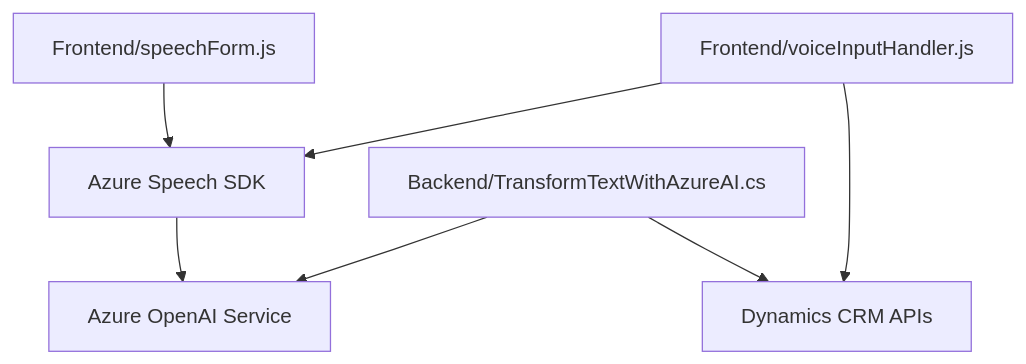
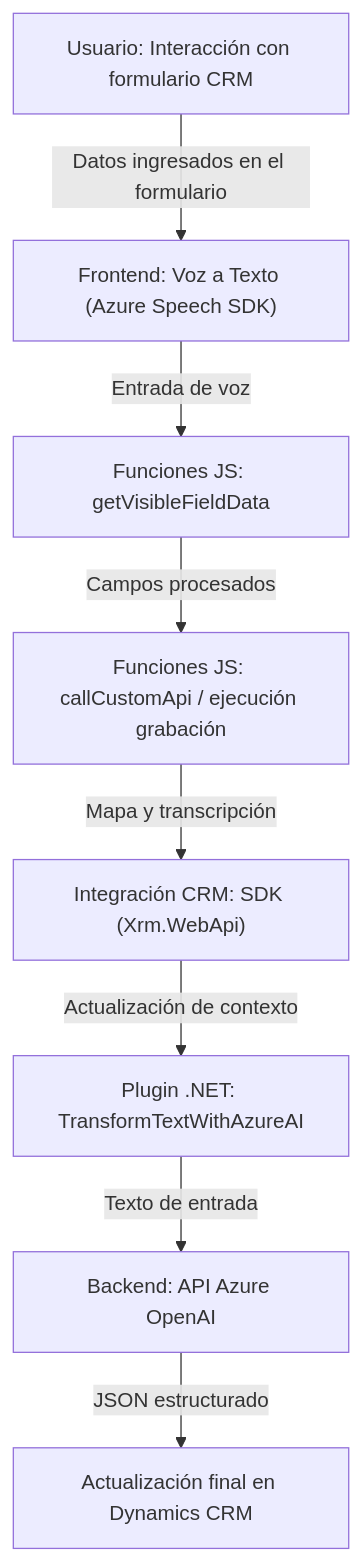
Before and after one commit to blopezdm/NETCORE_BILBAO2025: the diagram in README.md, drawn with Mermaid. The commit also changed other lines of this file, not shown here.

Commit message:
Actualizar análisis global de la solución con IA

````diff
--- a/README.md
+++ b/README.md
@@ -49,16 +43,10 @@
 ```mermaid
 graph TD
-    A["Frontend/voiceInputHandler.js"]
-    B["Frontend/speechForm.js"]
-    C["Backend/TransformTextWithAzureAI.cs"]
-    D["Azure Speech SDK"]
-    E["Azure OpenAI Service"]
-    F["Dynamics CRM APIs"]
-
-    A --> D
-    A --> F
-    B --> D
-    C --> E
-    C --> F
-    D --> E
+    A["Usuario: Interacción con formulario CRM"] -->|Datos ingresados en el formulario| B["Frontend: Voz a Texto (Azure Speech SDK)"]
+    B --> |Entrada de voz| C["Funciones JS: getVisibleFieldData"]
+    C --> |Campos procesados| D["Funciones JS: callCustomApi / ejecución grabación"]
+    D --> |Mapa y transcripción| E["Integración CRM: SDK (Xrm.WebApi)"]
+    E --> |Actualización de contexto| F["Plugin .NET: TransformTextWithAzureAI"]
+    F --> |Texto de entrada| G["Backend: API Azure OpenAI"]
+    G --> |JSON estructurado| H["Actualización final en Dynamics CRM"]
 ```
````
